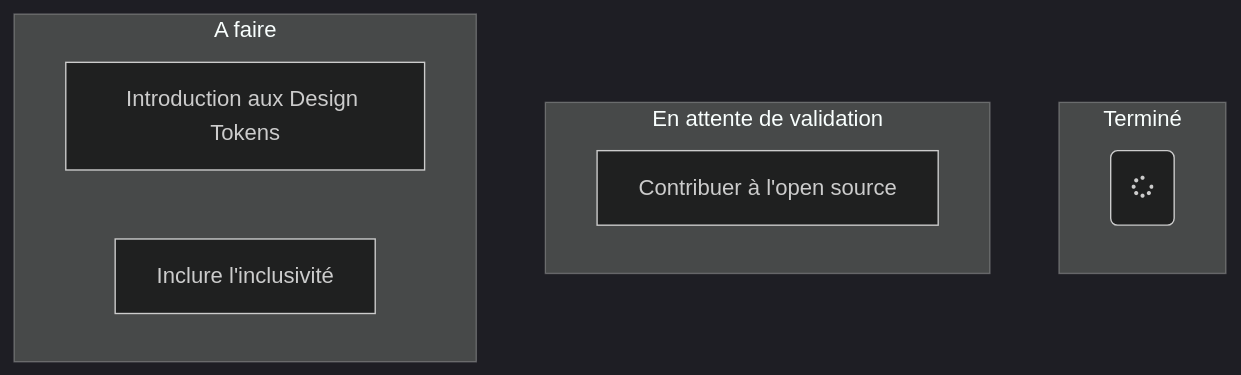
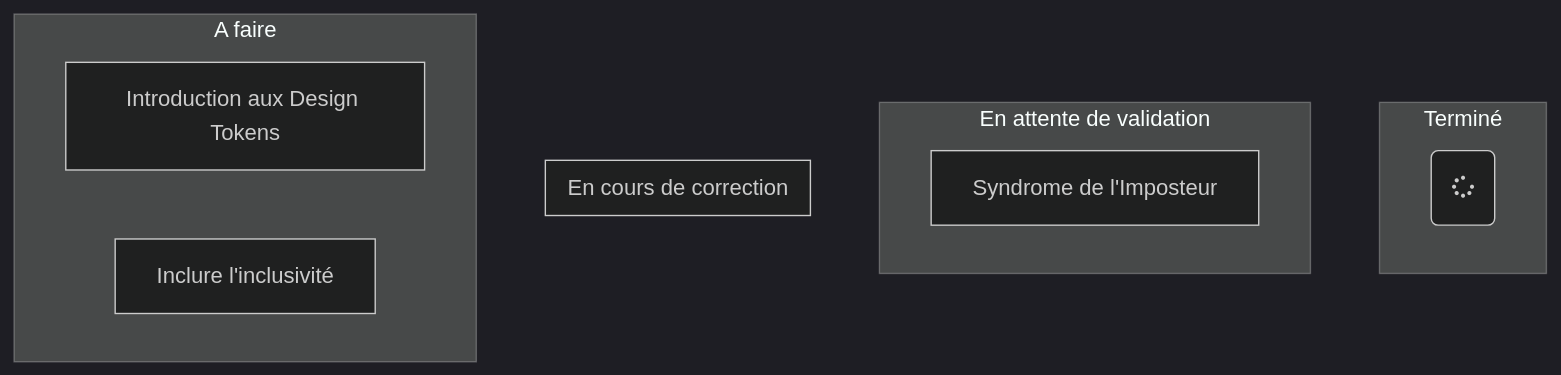
One commit to Noirtam/BDX-IO-2022-SOUS-TITRE changed the diagram in README.md. Above: the diagram before and after it, drawn with Mermaid (dark theme). The commit also changed other lines of this file, not shown here.

Commit message:
Update Status on "Syndrome de l'Imposteur" talk

````diff
--- a/README.md
+++ b/README.md
@@ -24,15 +24,19 @@
 ```mermaid
 flowchart TB
     subgraph Terminé
     Z(fa:fa-spinner);
     end
     
     subgraph En attente de validation
     A["Contribuer à l'open source"]
     end
+    
+    subgraph En cours de correction
+    A["Syndrome de l'Imposteur"]
+    end
 
     subgraph A faire
     B["Introduction aux Design Tokens"]
     C["Inclure l'inclusivité"]
     end
 ```
````
